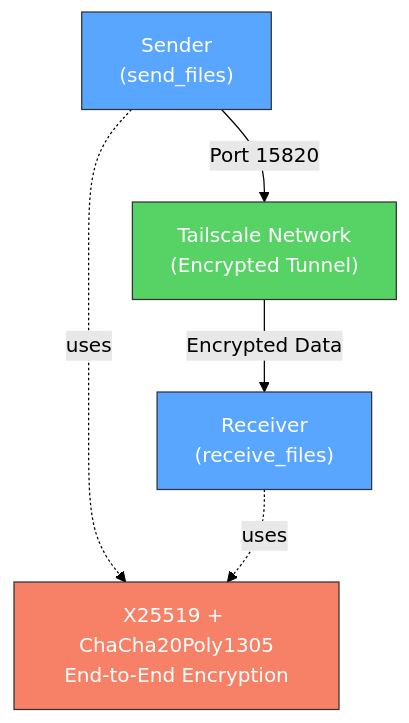
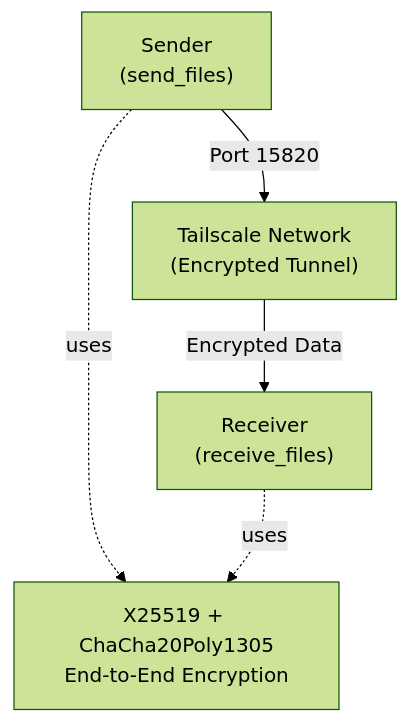
Before and after one commit to proudsunburn/ftransfer: the first of 4 diagrams in docs/index.md, drawn with Mermaid (forest theme). The commit also changed other lines of this file and 23 other files, not shown here.

Commit message:
MINOR: Remove colors from mermaid for easy light/dark mode switching

````diff
--- a/docs/index.md
+++ b/docs/index.md
@@ -7,16 +7,12 @@
 ```mermaid
 graph TD
-    sender["Sender<br/>(send_files)"]:::blue
-    tailscale["Tailscale Network<br/>(Encrypted Tunnel)"]:::green
-    receiver["Receiver<br/>(receive_files)"]:::blue
-    crypto["X25519 + ChaCha20Poly1305<br/>End-to-End Encryption"]:::red
+    sender["Sender<br/>(send_files)"]
+    tailscale["Tailscale Network<br/>(Encrypted Tunnel)"]
+    receiver["Receiver<br/>(receive_files)"]
+    crypto["X25519 + ChaCha20Poly1305<br/>End-to-End Encryption"]
 
     sender -->|Port 15820| tailscale
     tailscale -->|Encrypted Data| receiver
     sender -.->|uses| crypto
     receiver -.->|uses| crypto
-
-    classDef blue fill:#58a6ff,stroke:#333,color:#fff
-    classDef green fill:#56d364,stroke:#333,color:#fff
-    classDef red fill:#f78166,stroke:#333,color:#fff
 ```
````
